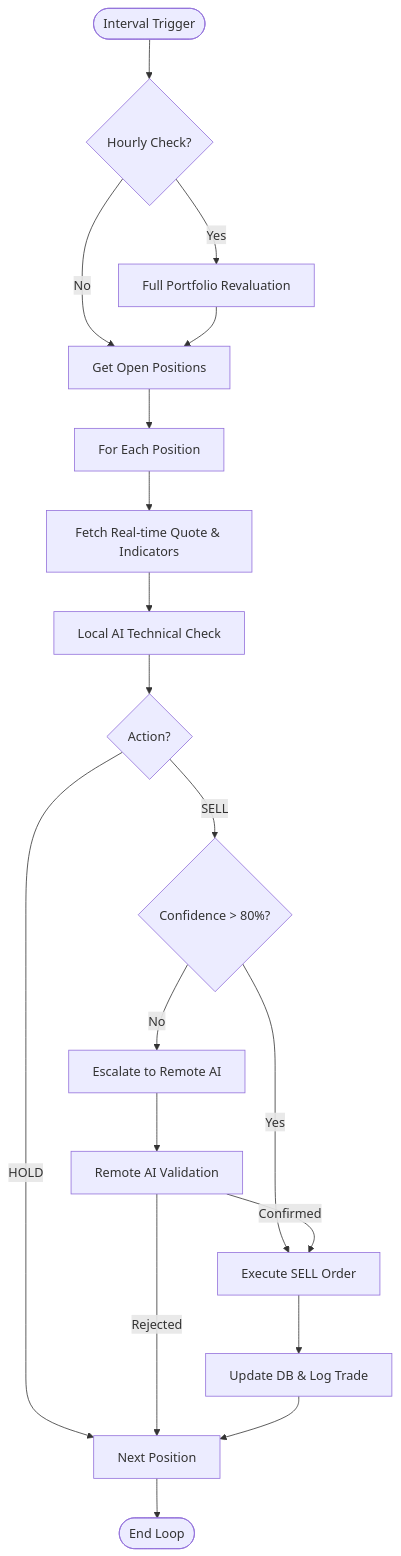
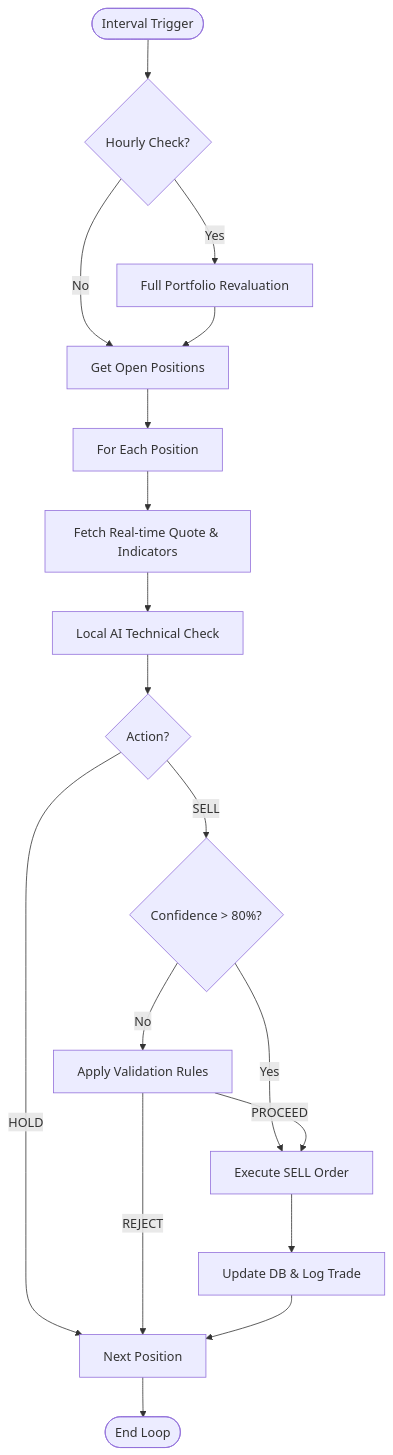
The third of 4 diagrams in DESIGN.md (psylsph/ai-stock-trader), drawn with Mermaid before and after one commit. The commit also changed other lines of this file and 19 other files, not shown here.

````diff
--- a/DESIGN.md
+++ b/DESIGN.md
@@ -125,21 +127,20 @@
 ```mermaid
 flowchart TD
     Start([Interval Trigger]) --> CheckHour{Hourly Check?}
     CheckHour -->|Yes| HourlyReval[Full Portfolio Revaluation]
     CheckHour -->|No| GetPos[Get Open Positions]
     HourlyReval --> GetPos
     GetPos --> Loop[For Each Position]
     Loop --> Fetch[Fetch Real-time Quote & Indicators]
     Fetch --> LocalCheck[Local AI Technical Check]
     LocalCheck --> Decision{Action?}
     Decision -->|HOLD| Next[Next Position]
     Decision -->|SELL| Conf{Confidence > 80%?}
-    Conf -->|No| Escalate[Escalate to Remote AI]
+    Conf -->|No| Rules[Apply Validation Rules]
     Conf -->|Yes| ExecSell[Execute SELL Order]
-    Escalate --> Validate[Remote AI Validation]
-    Validate -->|Confirmed| ExecSell
-    Validate -->|Rejected| Next
+    Rules -->|PROCEED| ExecSell
+    Rules -->|REJECT| Next
     ExecSell --> Log[Update DB & Log Trade]
     Log --> Next
     Next --> End([End Loop])
 ```
````
